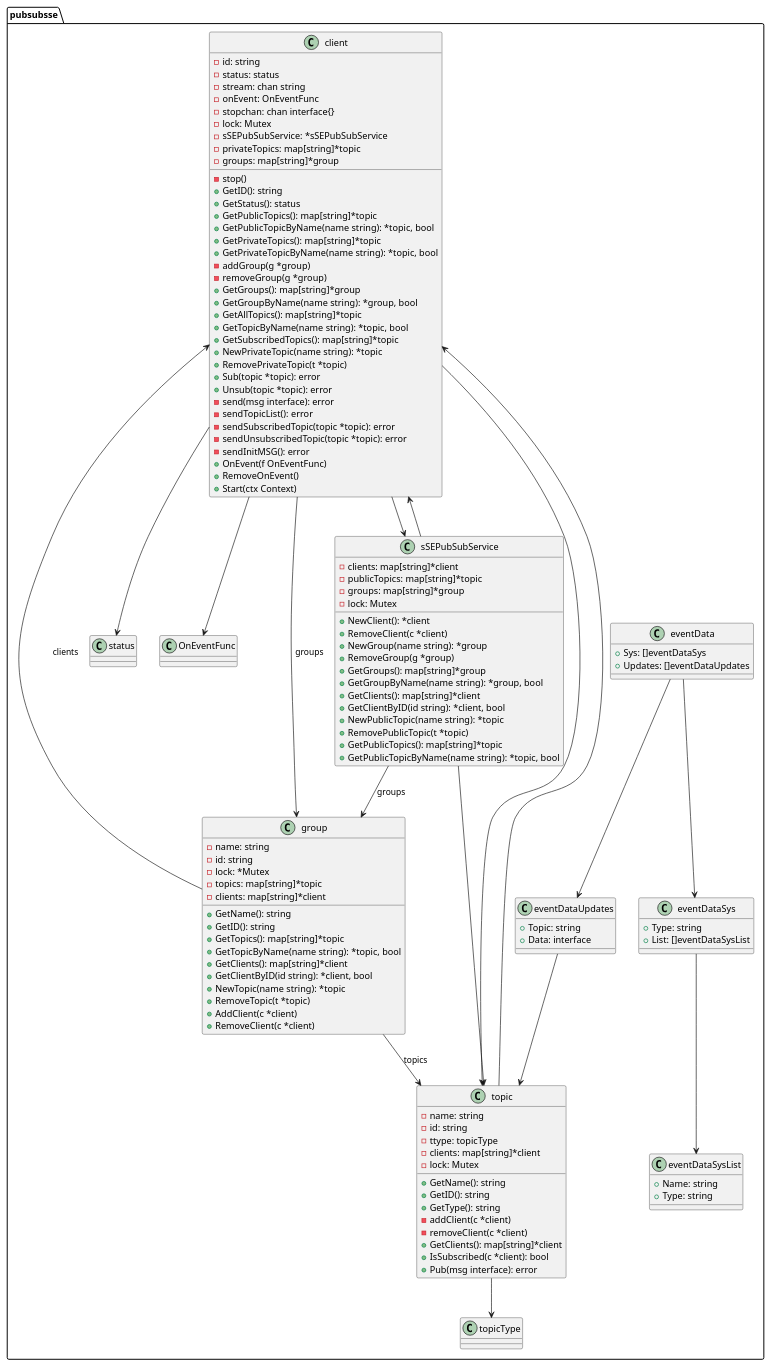
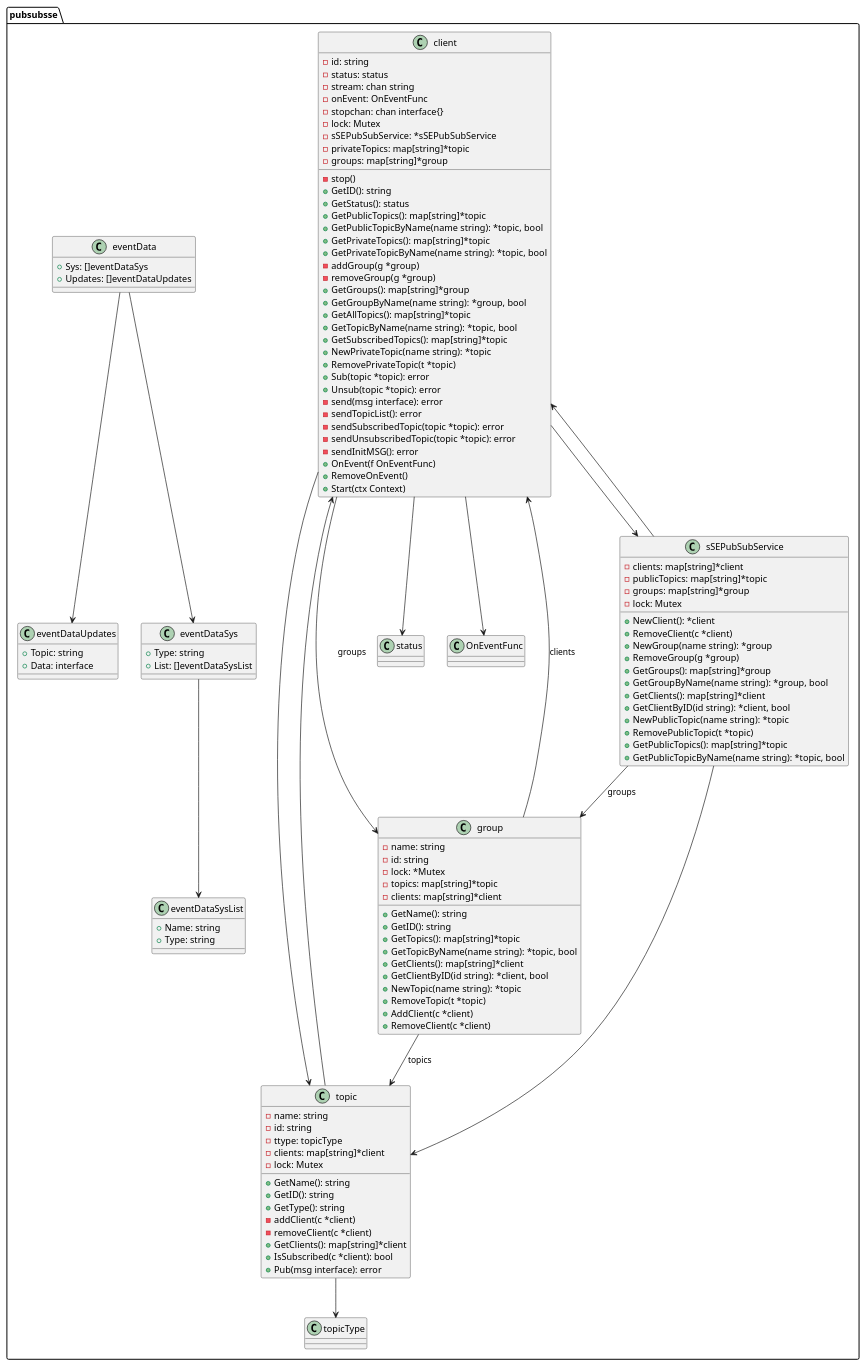
One commit to JulianKropp/pubsub-sse changed the diagram in docs/README.md. Above: the diagram before and after it, drawn with PlantUML.

Commit message:
🐛 📝 wrong relation

```diff
--- a/docs/README.md
+++ b/docs/README.md
@@ -283,7 +283,6 @@
 "topic" --> "topicType"
 "topic" --> "client"
 "eventDataSys" --> "eventDataSysList"
-"eventDataUpdates" --> "topic"
 "eventData" --> "eventDataSys"
 "eventData" --> "eventDataUpdates"
 "client" --> "group" : groups
```
